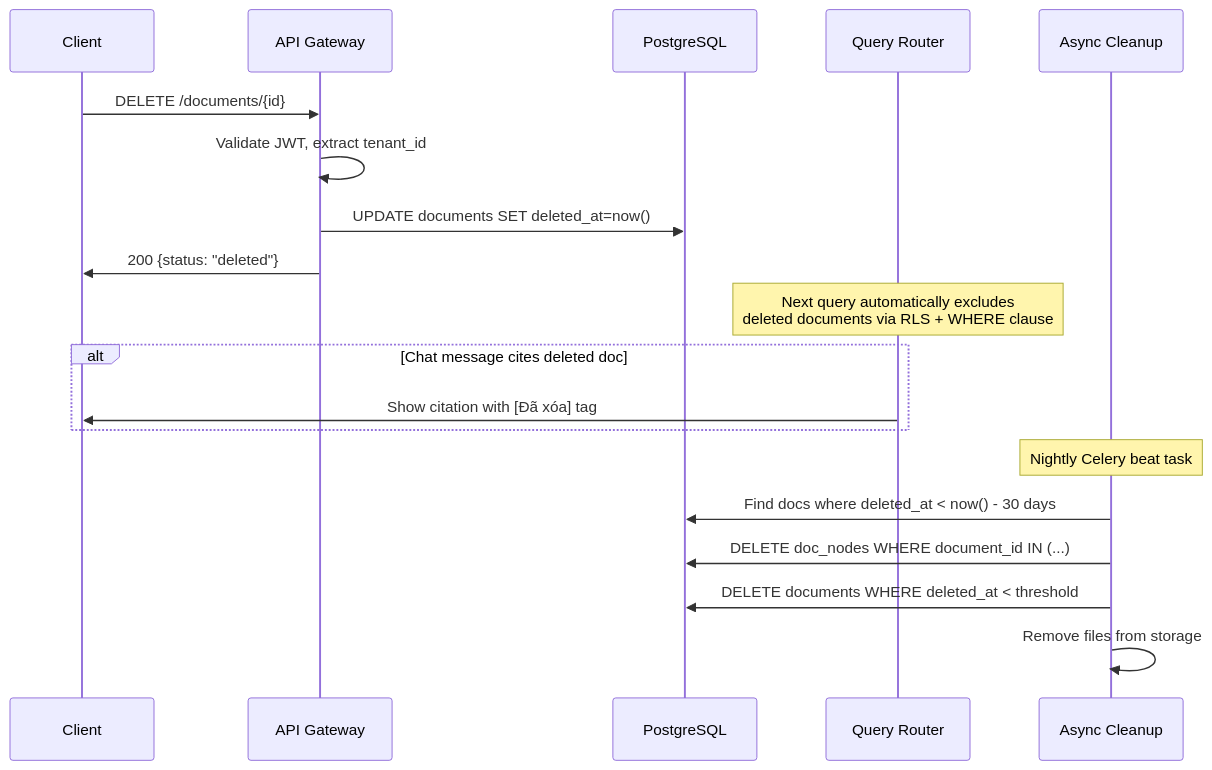
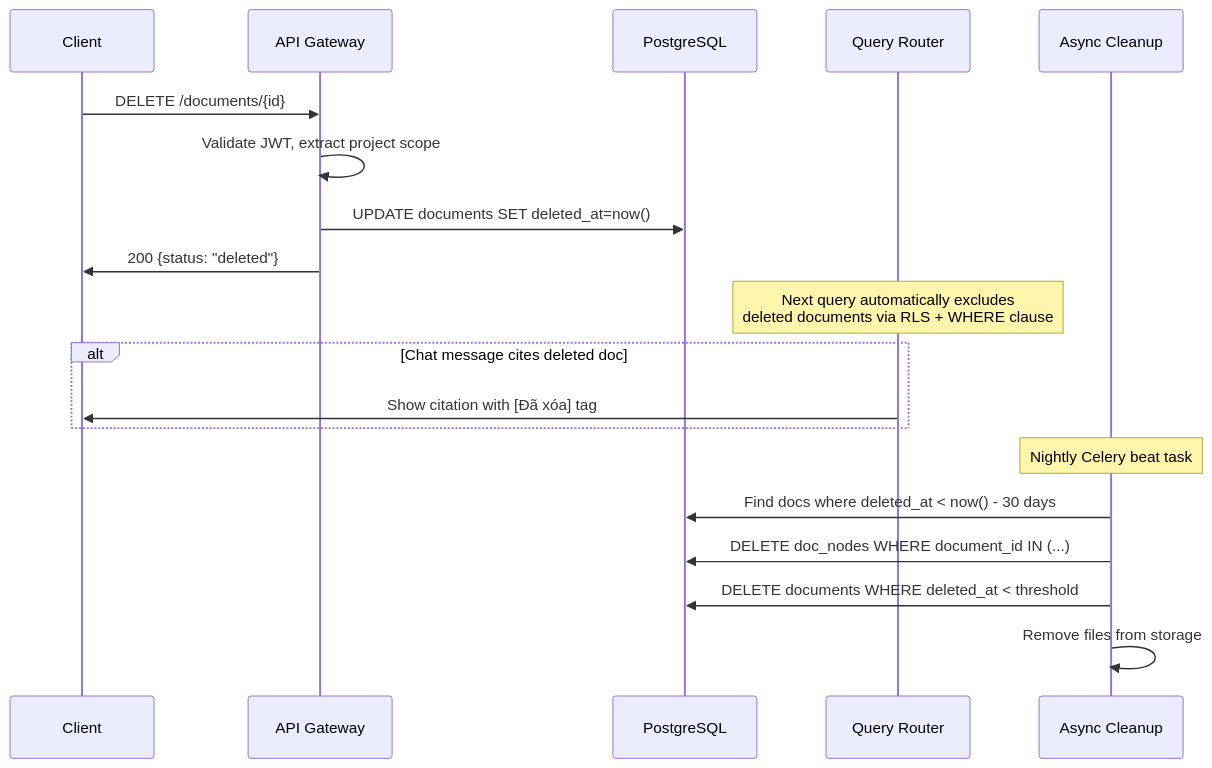
One commit to qtuanph/chatbot-rag changed the fourth of 4 diagrams in docs/03_CORE_WORKFLOWS.md. Above: the diagram before and after it, drawn with Mermaid. The commit also changed other lines of this file and 22 other files, not shown here.

First line of the commit message:
Refactor project to support role-based authentication and project-only schema

````diff
--- a/docs/03_CORE_WORKFLOWS.md
+++ b/docs/03_CORE_WORKFLOWS.md
@@ -169,25 +169,25 @@
 ```mermaid
 sequenceDiagram
     participant C as Client
     participant API as API Gateway
     participant DB as PostgreSQL
     participant Router as Query Router
     participant Cleanup as Async Cleanup
 
     C->>API: DELETE /documents/{id}
-    API->>API: Validate JWT, extract tenant_id
+    API->>API: Validate JWT, extract project scope
     API->>DB: UPDATE documents SET deleted_at=now()
     API->>C: 200 {status: "deleted"}
     
     Note over Router: Next query automatically excludes<br/>deleted documents via RLS + WHERE clause
     
     alt Chat message cites deleted doc
         Router->>C: Show citation with [Đã xóa] tag
     end
     
     Note over Cleanup: Nightly Celery beat task
     Cleanup->>DB: Find docs where deleted_at < now() - 30 days
     Cleanup->>DB: DELETE doc_nodes WHERE document_id IN (...)
     Cleanup->>DB: DELETE documents WHERE deleted_at < threshold
     Cleanup->>Cleanup: Remove files from storage
 ```
````
